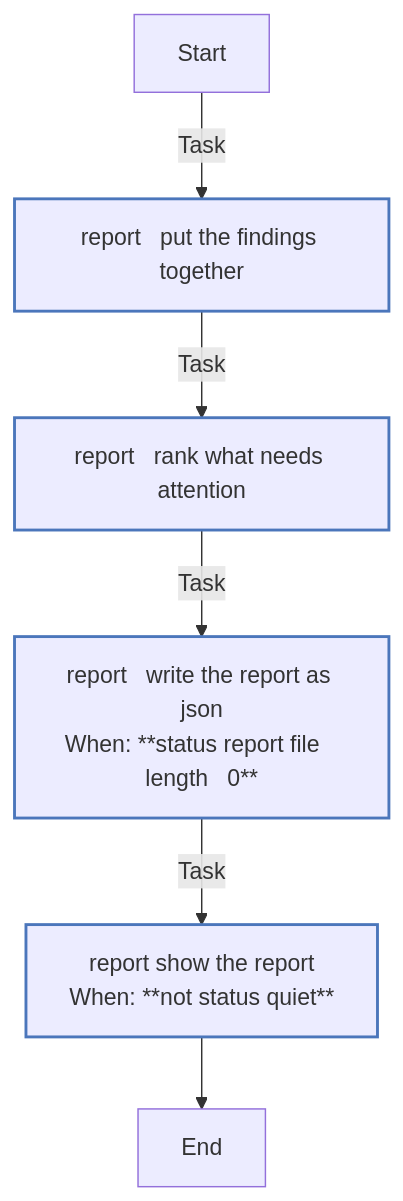
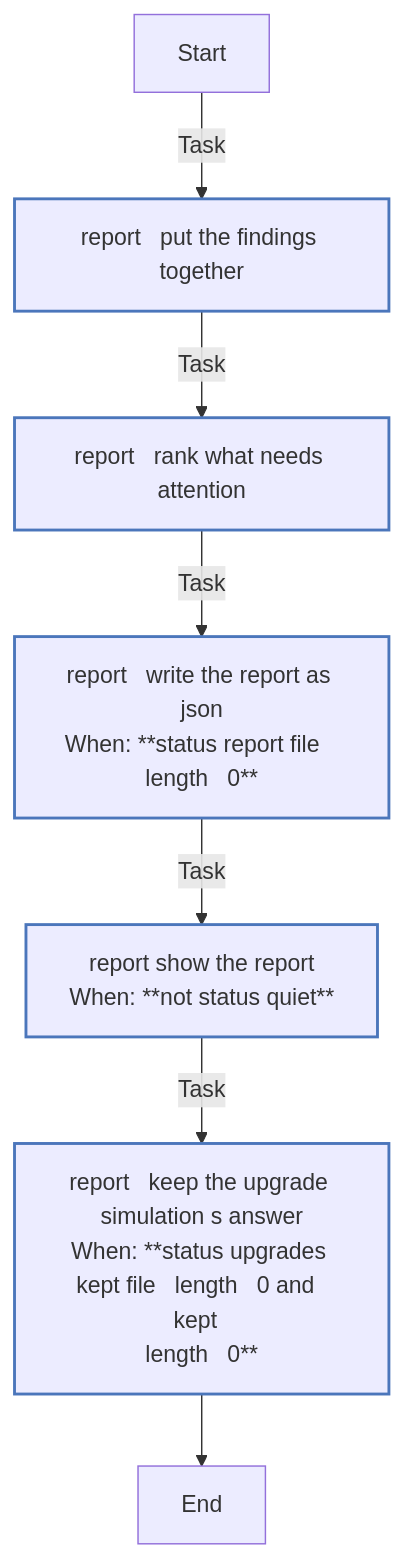
One commit to kawadeomkar/homeserver changed the fourth of 4 diagrams in roles/status/REFERENCE.md. Above: the diagram before and after it, drawn with Mermaid. The commit also changed other lines of this file and 15 other files, not shown here.

````diff
--- a/roles/status/REFERENCE.md
+++ b/roles/status/REFERENCE.md
@@ -815,18 +854,19 @@
 ```mermaid
 flowchart TD
 Start
 classDef block stroke:#3498db,stroke-width:2px;
 classDef task stroke:#4b76bb,stroke-width:2px;
 classDef includeTasks stroke:#16a085,stroke-width:2px;
 classDef importTasks stroke:#34495e,stroke-width:2px;
 classDef includeRole stroke:#2980b9,stroke-width:2px;
 classDef importRole stroke:#699ba7,stroke-width:2px;
 classDef includeVars stroke:#8e44ad,stroke-width:2px;
 classDef rescue stroke:#665352,stroke-width:2px;
 
   Start-->|Task| report___Put_the_findings_together0[report   put the findings together]:::task
   report___Put_the_findings_together0-->|Task| report___Rank_what_needs_attention1[report   rank what needs attention]:::task
   report___Rank_what_needs_attention1-->|Task| report___Write_the_report_as_JSON2[report   write the report as json<br>When: **status report file   length   0**]:::task
   report___Write_the_report_as_JSON2-->|Task| report___Show_the_report3[report   show the report<br>When: **not status quiet**]:::task
-  report___Show_the_report3-->End
+  report___Show_the_report3-->|Task| report___Keep_the_upgrade_simulation_s_answer4[report   keep the upgrade simulation s answer<br>When: **status upgrades kept file   length   0 and  kept  <br>length   0**]:::task
+  report___Keep_the_upgrade_simulation_s_answer4-->End
 ```
````
